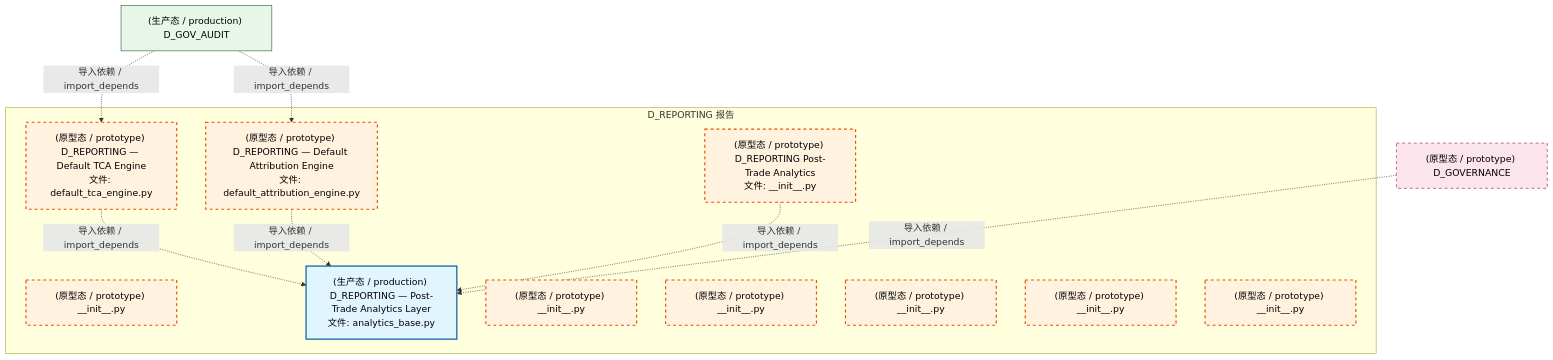
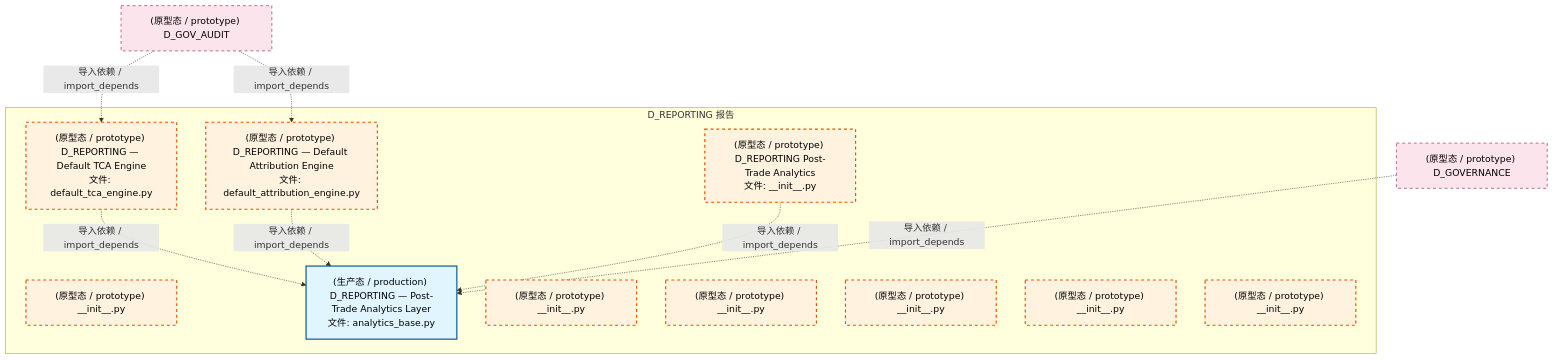
The first of 4 diagrams in docs/02_enterprise_architecture/02_domain_architecture_docs/21_d_reporting.md (xuanFelixVan/ZephyrAlpha), drawn with Mermaid before and after one commit. The commit also changed other lines of this file and 112 other files, not shown here.

````diff
--- a/docs/02_enterprise_architecture/02_domain_architecture_docs/21_d_reporting.md
+++ b/docs/02_enterprise_architecture/02_domain_architecture_docs/21_d_reporting.md
@@ -73,31 +73,30 @@
 ```mermaid
 graph TD
     subgraph D_REPORTING["D_REPORTING 报告"]
         src_zephyr_reporting_init_py["(原型态 / prototype) D_REPORTING Post-Trade Analytics<br/>文件: __init__.py"]
         src_zephyr_reporting_extensions_init_py["(原型态 / prototype) __init__.py"]
         src_zephyr_reporting_analytics_base_py["(生产态 / production) D_REPORTING — Post-Trade Analytics Layer<br/>文件: analytics_base.py"]
         src_zephyr_reporting_api_init_py["(原型态 / prototype) __init__.py"]
         src_zephyr_reporting_core_init_py["(原型态 / prototype) __init__.py"]
         src_zephyr_reporting_default_attribution_engine_py["(原型态 / prototype) D_REPORTING — Default Attribution Engine<br/>文件: default_attribution_engine.py"]
         src_zephyr_reporting_default_tca_engine_py["(原型态 / prototype) D_REPORTING — Default TCA Engine<br/>文件: default_tca_engine.py"]
         src_zephyr_reporting_infrastructure_init_py["(原型态 / prototype) __init__.py"]
         src_zephyr_reporting_models_init_py["(原型态 / prototype) __init__.py"]
         src_zephyr_reporting_services_init_py["(原型态 / prototype) __init__.py"]
     end
     src_zephyr_reporting_default_tca_engine_py -.->|导入依赖 / import_depends| src_zephyr_reporting_analytics_base_py
     src_zephyr_reporting_default_attribution_engine_py -.->|导入依赖 / import_depends| src_zephyr_reporting_analytics_base_py
     src_zephyr_reporting_init_py -.->|导入依赖 / import_depends| src_zephyr_reporting_analytics_base_py
-    D_GOV_AUDIT["(生产态 / production) D_GOV_AUDIT"]
+    D_GOV_AUDIT["(原型态 / prototype) D_GOV_AUDIT"]
+    D_GOV_AUDIT -.->|导入依赖 / import_depends| src_zephyr_reporting_default_attribution_engine_py
     D_GOV_AUDIT -.->|导入依赖 / import_depends| src_zephyr_reporting_default_tca_engine_py
-    D_GOV_AUDIT -.->|导入依赖 / import_depends| src_zephyr_reporting_default_attribution_engine_py
     D_GOVERNANCE["(原型态 / prototype) D_GOVERNANCE"]
     D_GOVERNANCE -.->|导入依赖 / import_depends| src_zephyr_reporting_analytics_base_py
     classDef production fill:#e1f5fe,stroke:#01579b,stroke-width:2px,color:#000
     classDef design fill:#fff3e0,stroke:#e65100,stroke-width:2px,color:#000,stroke-dasharray: 5 5
     classDef external_prod fill:#e8f5e9,stroke:#1b5e20,stroke-width:1px,color:#000
     classDef external_design fill:#fce4ec,stroke:#880e4f,stroke-width:1px,color:#000,stroke-dasharray: 5 5
     class src_zephyr_reporting_analytics_base_py production
     class src_zephyr_reporting_init_py,src_zephyr_reporting_extensions_init_py,src_zephyr_reporting_api_init_py,src_zephyr_reporting_core_init_py,src_zephyr_reporting_default_attribution_engine_py,src_zephyr_reporting_default_tca_engine_py,src_zephyr_reporting_infrastructure_init_py,src_zephyr_reporting_models_init_py,src_zephyr_reporting_services_init_py design
-    class D_GOV_AUDIT external_prod
-    class D_GOVERNANCE external_design
+    class D_GOV_AUDIT,D_GOVERNANCE external_design
 ```
````
